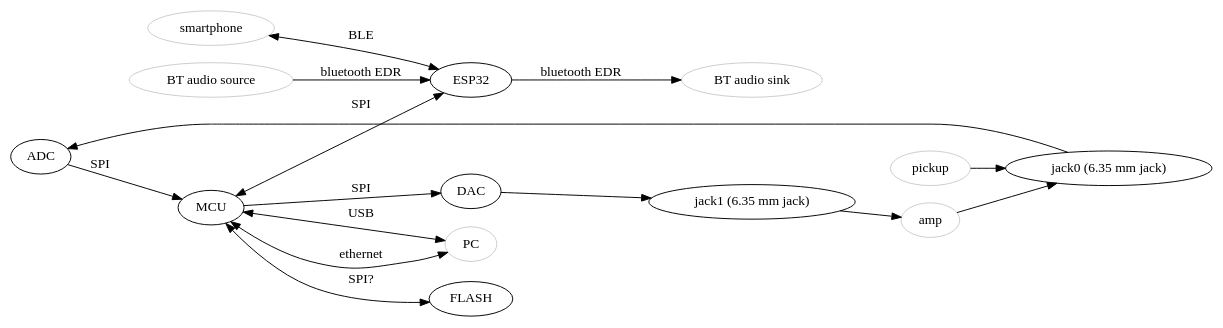
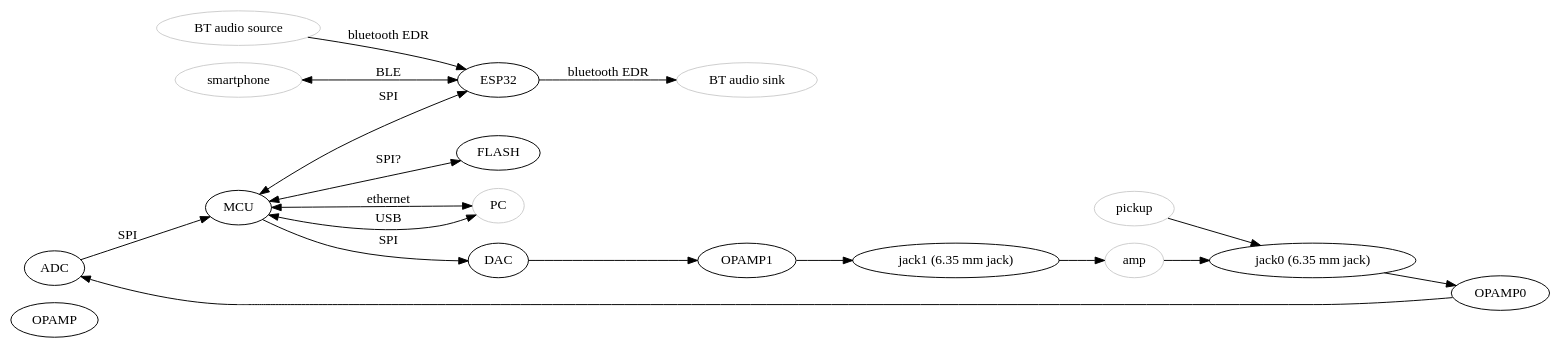
One commit to chuck1/bluetooth_audio_source changed the diagram in graph/block.dot. Above: the diagram before and after it, drawn with Graphviz. The commit also changed 2 other files, not shown here.

```diff
--- a/graph/block.dot
+++ b/graph/block.dot
@@ -1,42 +1,47 @@
 digraph
 {
 	rankdir=LR;	
-
+	
+	OPAMP
 	ADC
 	MCU
 	ESP32
 	DAC
 	FLASH
 	JACK0 [label="jack0 (6.35 mm jack)"];
 	JACK1 [label="jack1 (6.35 mm jack)"];
 
 	PICKUP [label="pickup"; color="#cccccc"];
 	AMP [label="amp"; color="#cccccc"];
 	BT_sink [label="BT audio sink"; color="#cccccc"];
 	BT_source [label="BT audio source"; color="#cccccc"];
 	PC [label="PC"; color="#cccccc"];
 	SMARTPHONE [label="smartphone"; color="#cccccc"];
 
+	OPAMP0 -> ADC
+	DAC -> OPAMP1
 	ADC -> MCU [label="SPI"];
 	MCU -> DAC [label="SPI"];
 
 	MCU -> ESP32 [label="SPI";dir=both];
 	MCU -> FLASH [label="SPI?";dir=both];
 	
+	OPAMP1 -> JACK1
+	JACK0 -> OPAMP0
+
 	// IN
 	BT_source -> ESP32 [label="bluetooth EDR"]
 	
 	PICKUP -> JACK0
 	AMP -> JACK0
-	JACK0 -> ADC
 	
 	// OUT
 	ESP32 -> BT_sink [label="bluetooth EDR"]
-	DAC -> JACK1 -> AMP
+	JACK1 -> AMP
 
 	// both
 	SMARTPHONE -> ESP32 [label="BLE", dir=both];
 	MCU -> PC [label="ethernet", dir=both];
 	MCU -> PC [label="USB", dir=both];
 
 }
```
